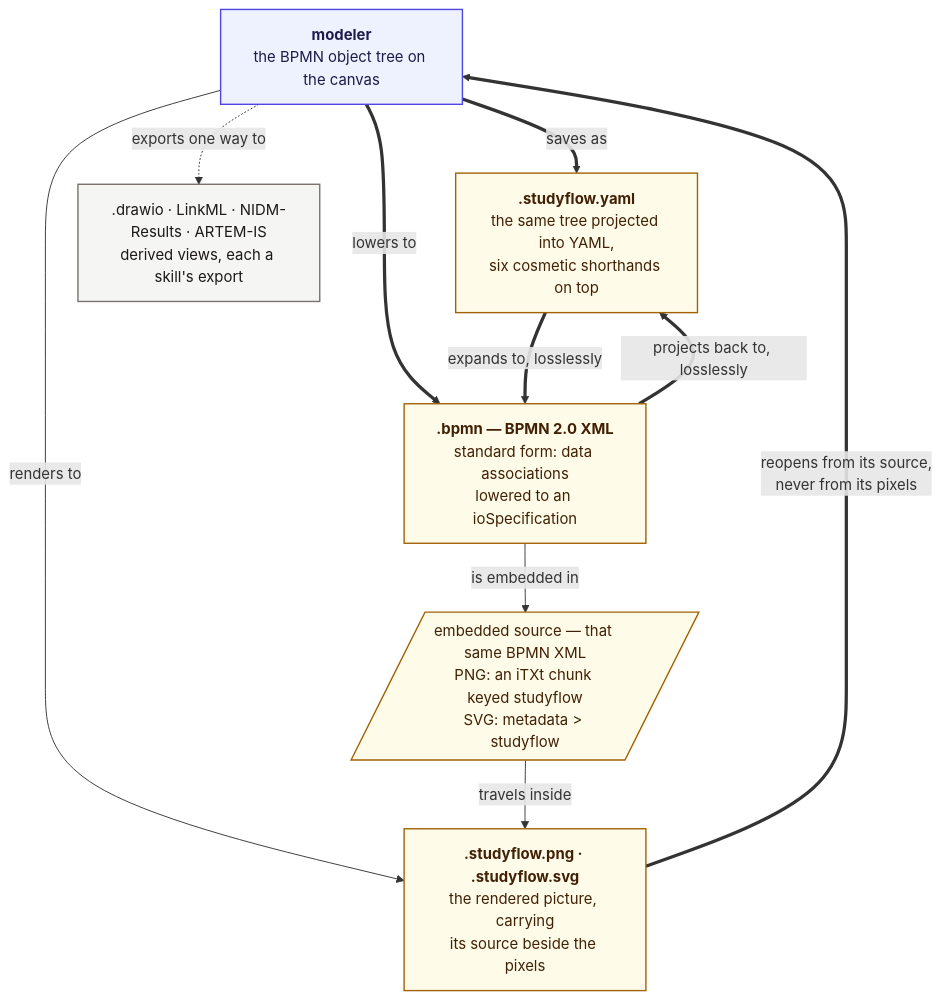
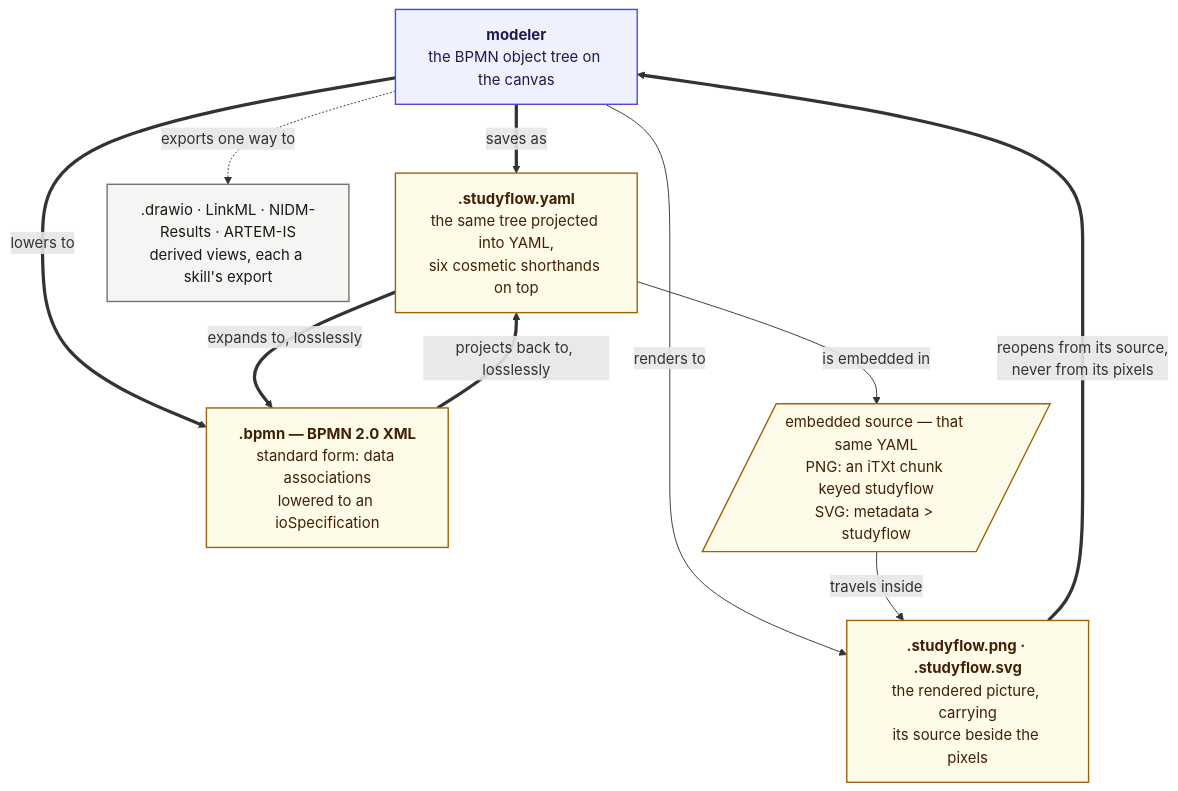
The diagram in docs/assets/img/diagrams/file-format.mmd (behaverse/studyflow-modeler), drawn with Mermaid before and after one commit. The commit also changed 2 other files, not shown here.

Commit message:
docs(file): a .studyflow.png or .svg carries the .studyflow.yaml
The file-format figure, its alt text and the files table in
docs/reference.qmd said an image carries BPMN XML. The figure's source now
has the YAML embedded, and its SVG is redrawn by the mermaid-cli its header
names, which redraws the old source into the old SVG byte for byte.

```diff
--- a/docs/assets/img/diagrams/file-format.mmd
+++ b/docs/assets/img/diagrams/file-format.mmd
@@ -1,40 +1,40 @@
 %% Regenerate: npx -y @mermaid-js/mermaid-cli -i file-format.mmd -o file-format.svg -c mermaid.config.json -b transparent
 %% The config keeps labels as plain SVG text (no foreignObject), so the .svg survives being embedded as an image.
 %% Thick arrows are the lossless hops; dotted arrows leave the round trip.
 flowchart TB
 
   MODELER["`**modeler**
   the BPMN object tree on the canvas`"]
 
   YAML["`**.studyflow.yaml**
   the same tree projected into YAML,
   six cosmetic shorthands on top`"]
   BPMN["`**.bpmn — BPMN 2.0 XML**
   standard form: data associations
   lowered to an ioSpecification`"]
 
   IMG["`**.studyflow.png · .studyflow.svg**
   the rendered picture, carrying
   its source beside the pixels`"]
-  SOURCE[/"embedded source — that same BPMN XML<br/>PNG: an iTXt chunk keyed studyflow<br/>SVG: metadata &gt; studyflow"/]
+  SOURCE[/"embedded source — that same YAML<br/>PNG: an iTXt chunk keyed studyflow<br/>SVG: metadata &gt; studyflow"/]
 
   DERIVED[".drawio · LinkML · NIDM-Results · ARTEM-IS<br/>derived views, each a skill's export"]
 
   MODELER ==>|"saves as"| YAML
   MODELER ==>|"lowers to"| BPMN
   YAML ==>|"expands to, losslessly"| BPMN
   BPMN ==>|"projects back to, losslessly"| YAML
 
   MODELER -->|"renders to"| IMG
-  BPMN -->|"is embedded in"| SOURCE
+  YAML -->|"is embedded in"| SOURCE
   SOURCE -->|"travels inside"| IMG
   IMG ==>|"reopens from its source,<br/>never from its pixels"| MODELER
 
   MODELER -.->|"exports one way to"| DERIVED
 
   classDef app fill:#eef2ff,stroke:#4f46e5,stroke-width:1.5px,color:#1e1b4b
   classDef file fill:#fefce8,stroke:#a16207,stroke-width:1.5px,color:#422006
   classDef oneway fill:#f5f5f4,stroke:#78716c,stroke-width:1.5px,color:#1c1917
   class MODELER app
   class YAML,BPMN,IMG,SOURCE file
   class DERIVED oneway
```
